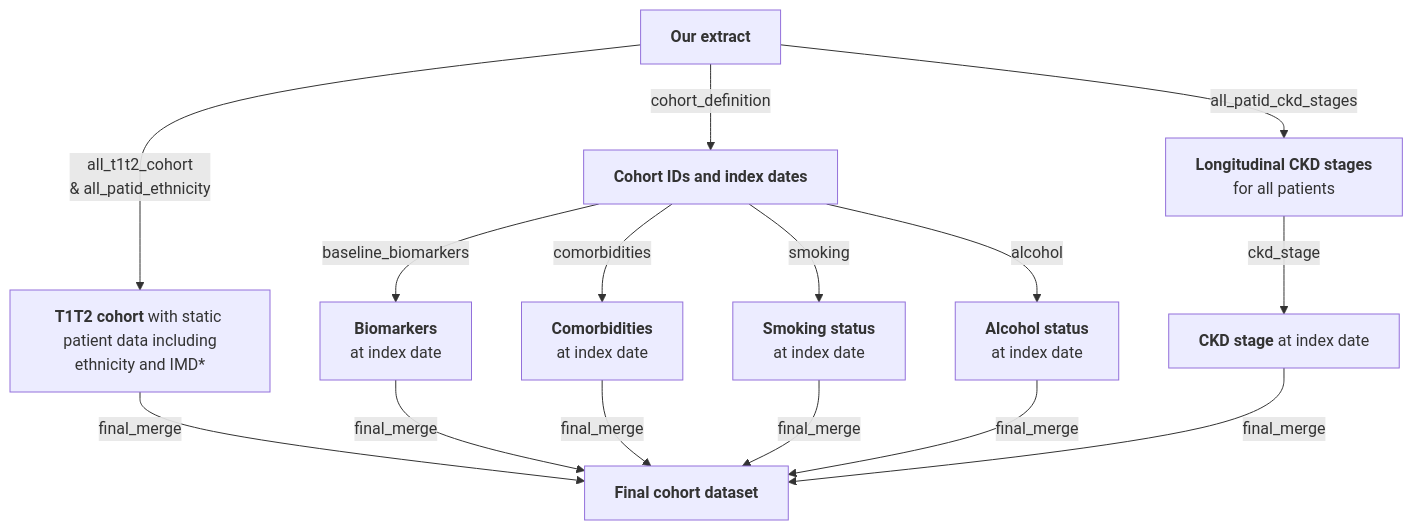
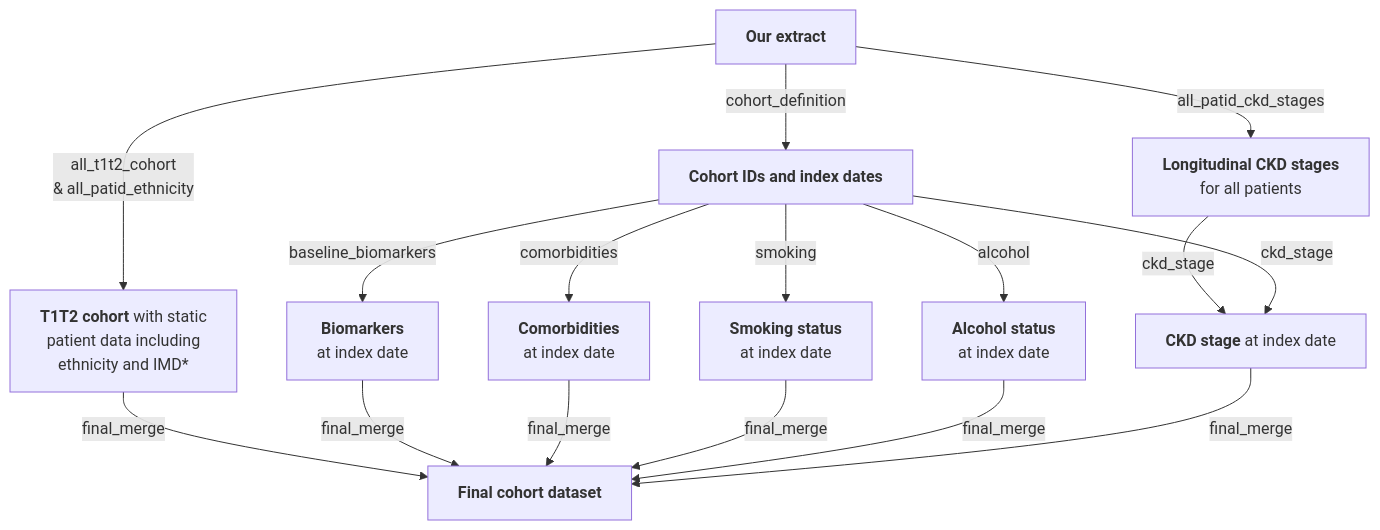
One commit to Exeter-Diabetes/CPRD-Cohort-scripts changed the second of 2 diagrams in README.md. Above: the diagram before and after it, drawn with Mermaid.

````diff
--- a/README.md
+++ b/README.md
@@ -46,18 +46,19 @@
 ```mermaid
 graph TD;
-    A["<b>Our extract</b>"] --> |"all_t1t2_cohort <br> & all_patid_ethnicity"|B["<b>T1T2 cohort</b> with static <br> patient data including ethnicity and IMD*"]
+    A["<b>Our extract</b>"] --> |"all_t1t2_cohort <br> & all_patid_ethnicity"|B["<b>T1T2 cohort</b> with static <br> patient data including <br> ethnicity and IMD*"]
     A-->|"all_patid_ckd_stages"|C["<b>Longitudinal CKD stages</b> <br> for all patients"]
     A-->|"cohort_definition"|D
     D["<b>Cohort IDs and index dates</b>"]
     D-->|"baseline_biomarkers"|E["<b>Biomarkers</b> <br> at index date"]
     D-->|"comorbidities"|F["<b>Comorbidities</b> <br> at index date"]
     D-->|"smoking"|G["<b>Smoking status</b> <br> at index date"]
     D-->|"alcohol"|H["<b>Alcohol status</b> <br> at index date"]
     C-->|"ckd_stage"|I["<b>CKD stage</b <br> at index date"]
+    D-->|"ckd_stage"|I
     B-->|"final_merge"|J["<b>Final cohort dataset</b>"]
     E-->|"final_merge"|J
     F-->|"final_merge"|J
     G-->|"final_merge"|J
     H-->|"final_merge"|J
     I-->|"final_merge"|J
 ```
````
